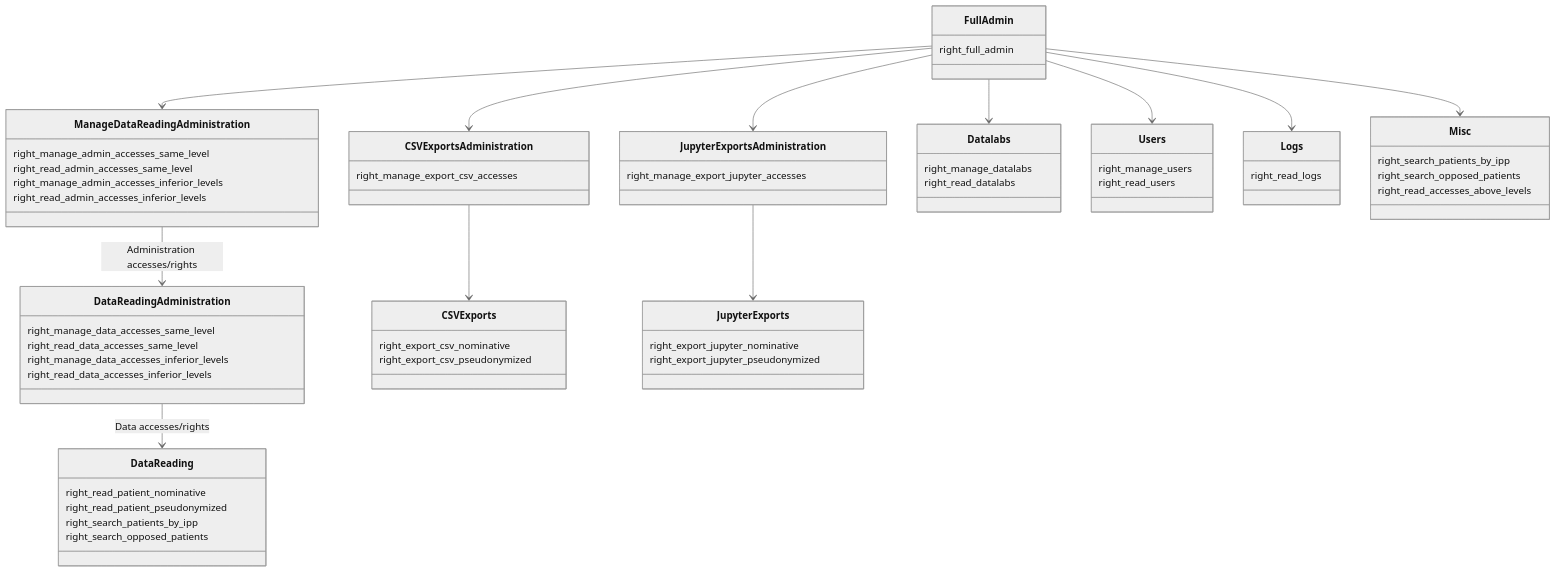
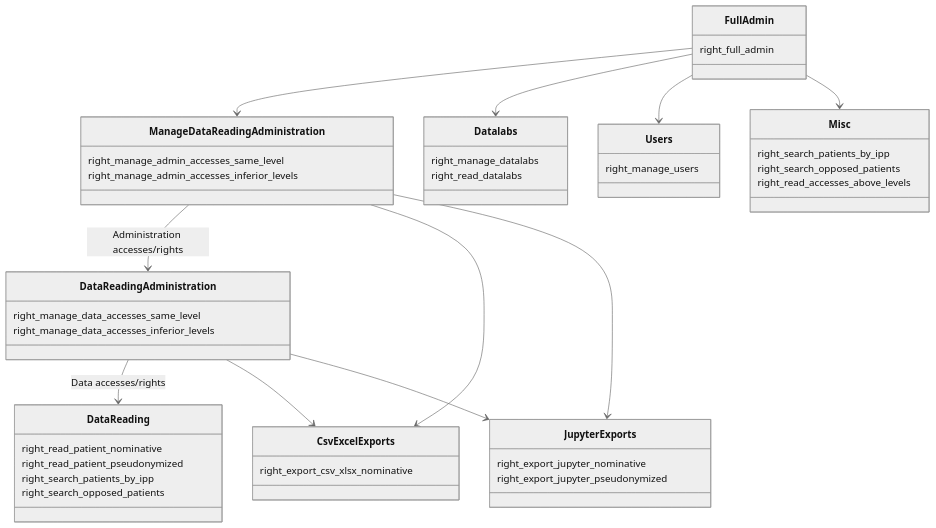
Before and after one commit to aphp/Cohort360-Back-end: the second of 2 diagrams in .docs/rights_schema.md, drawn with Mermaid (neutral theme). The commit also changed other lines of this file and 30 other files, not shown here.

````diff
--- a/.docs/rights_schema.md
+++ b/.docs/rights_schema.md
@@ -42,65 +44,49 @@
 ```mermaid
 classDiagram
 class FullAdmin {
   right_full_admin
 }
 class ManageDataReadingAdministration {
   right_manage_admin_accesses_same_level
-  right_read_admin_accesses_same_level
   right_manage_admin_accesses_inferior_levels
-  right_read_admin_accesses_inferior_levels
 }
 class DataReadingAdministration {
   right_manage_data_accesses_same_level
-  right_read_data_accesses_same_level
   right_manage_data_accesses_inferior_levels
-  right_read_data_accesses_inferior_levels
 }
 class DataReading {
   right_read_patient_nominative
   right_read_patient_pseudonymized
   right_search_patients_by_ipp
   right_search_opposed_patients
 }
-class CSVExportsAdministration {
-  right_manage_export_csv_accesses
-}
-class JupyterExportsAdministration {
-  right_manage_export_jupyter_accesses
-}
-class CSVExports {
-  right_export_csv_nominative
-  right_export_csv_pseudonymized
+class CsvExcelExports {
+  right_export_csv_xlsx_nominative
 }
 class JupyterExports {
   right_export_jupyter_nominative
   right_export_jupyter_pseudonymized
 }
 class Datalabs {
   right_manage_datalabs
   right_read_datalabs
 }
 class Users {
   right_manage_users
-  right_read_users
-}
-class Logs {
-  right_read_logs
 }
 class Misc {
   right_search_patients_by_ipp
   right_search_opposed_patients
   right_read_accesses_above_levels
 }
 FullAdmin --> ManageDataReadingAdministration
 ManageDataReadingAdministration --> DataReadingAdministration : Administration accesses/rights
 DataReadingAdministration --> DataReading : Data accesses/rights
-FullAdmin --> CSVExportsAdministration
-FullAdmin --> JupyterExportsAdministration
-CSVExportsAdministration --> CSVExports
-JupyterExportsAdministration --> JupyterExports
+ManageDataReadingAdministration --> CsvExcelExports
+DataReadingAdministration --> CsvExcelExports
+ManageDataReadingAdministration --> JupyterExports
+DataReadingAdministration --> JupyterExports
 FullAdmin --> Datalabs
 FullAdmin --> Users
-FullAdmin --> Logs
 FullAdmin --> Misc
 ```
````
